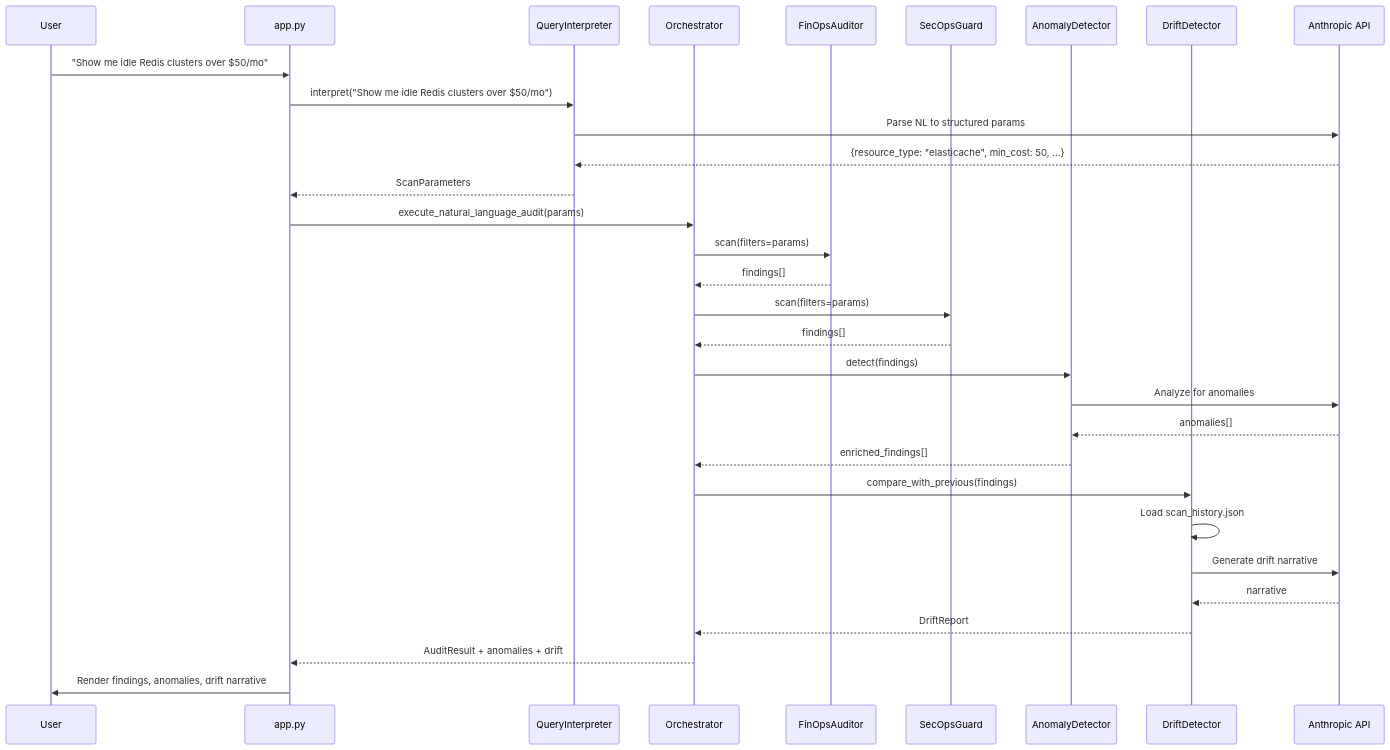
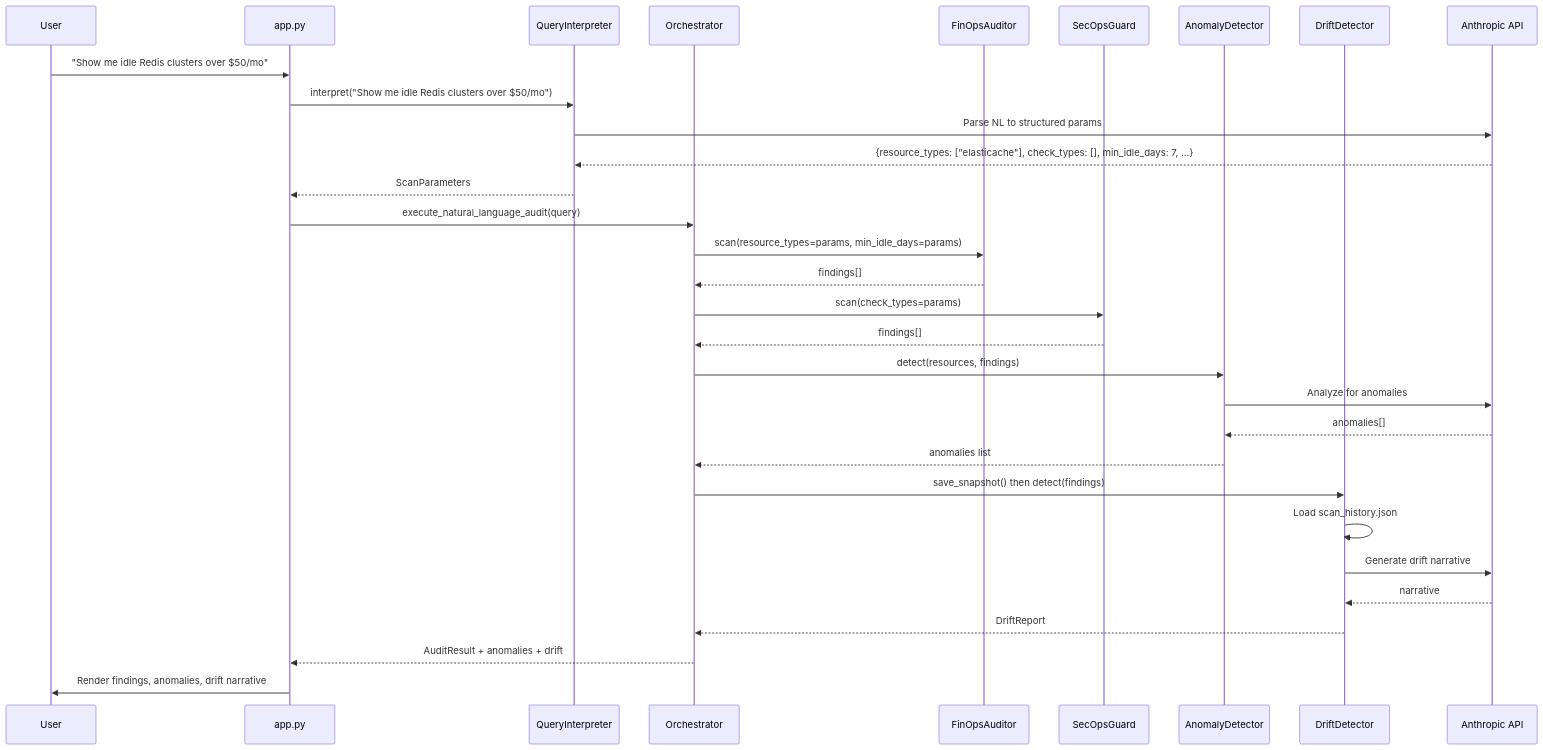
The second of 5 diagrams in .kiro/specs/cloud-janitor-phase-bc/design.md (darthrevan030/kiro-buildfest-2026), drawn with Mermaid before and after one commit. The commit also changed other lines of this file and 1 other file, not shown here.

````diff
--- a/.kiro/specs/cloud-janitor-phase-bc/design.md
+++ b/.kiro/specs/cloud-janitor-phase-bc/design.md
@@ -99,38 +99,38 @@
 ```mermaid
 sequenceDiagram
     participant User
     participant App as app.py
     participant QI as QueryInterpreter
     participant Orch as Orchestrator
     participant FinOps as FinOpsAuditor
     participant SecOps as SecOpsGuard
     participant AD as AnomalyDetector
     participant DD as DriftDetector
     participant LLM as Anthropic API
 
     User->>App: "Show me idle Redis clusters over $50/mo"
     App->>QI: interpret("Show me idle Redis clusters over $50/mo")
     QI->>LLM: Parse NL to structured params
-    LLM-->>QI: {resource_type: "elasticache", min_cost: 50, ...}
+    LLM-->>QI: {resource_types: ["elasticache"], check_types: [], min_idle_days: 7, ...}
     QI-->>App: ScanParameters
 
-    App->>Orch: execute_natural_language_audit(params)
-    Orch->>FinOps: scan(filters=params)
+    App->>Orch: execute_natural_language_audit(query)
+    Orch->>FinOps: scan(resource_types=params, min_idle_days=params)
     FinOps-->>Orch: findings[]
-    Orch->>SecOps: scan(filters=params)
+    Orch->>SecOps: scan(check_types=params)
     SecOps-->>Orch: findings[]
 
-    Orch->>AD: detect(findings)
+    Orch->>AD: detect(resources, findings)
     AD->>LLM: Analyze for anomalies
     LLM-->>AD: anomalies[]
-    AD-->>Orch: enriched_findings[]
+    AD-->>Orch: anomalies list
 
-    Orch->>DD: compare_with_previous(findings)
+    Orch->>DD: save_snapshot() then detect(findings)
     DD->>DD: Load scan_history.json
     DD->>LLM: Generate drift narrative
     LLM-->>DD: narrative
     DD-->>Orch: DriftReport
 
     Orch-->>App: AuditResult + anomalies + drift
     App->>User: Render findings, anomalies, drift narrative
 ```
````
